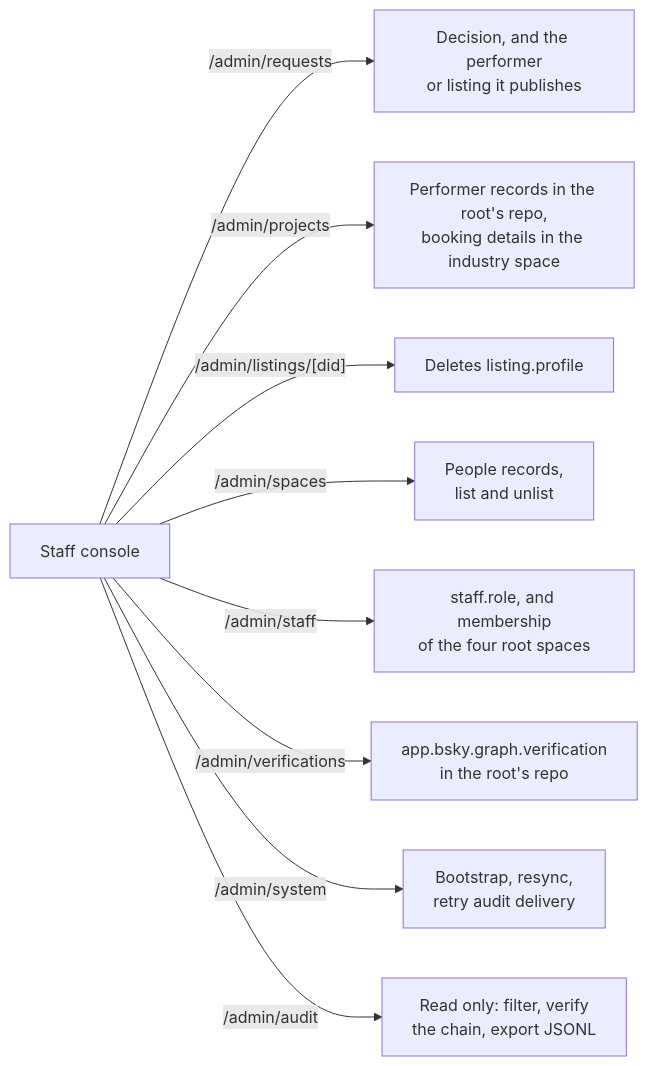
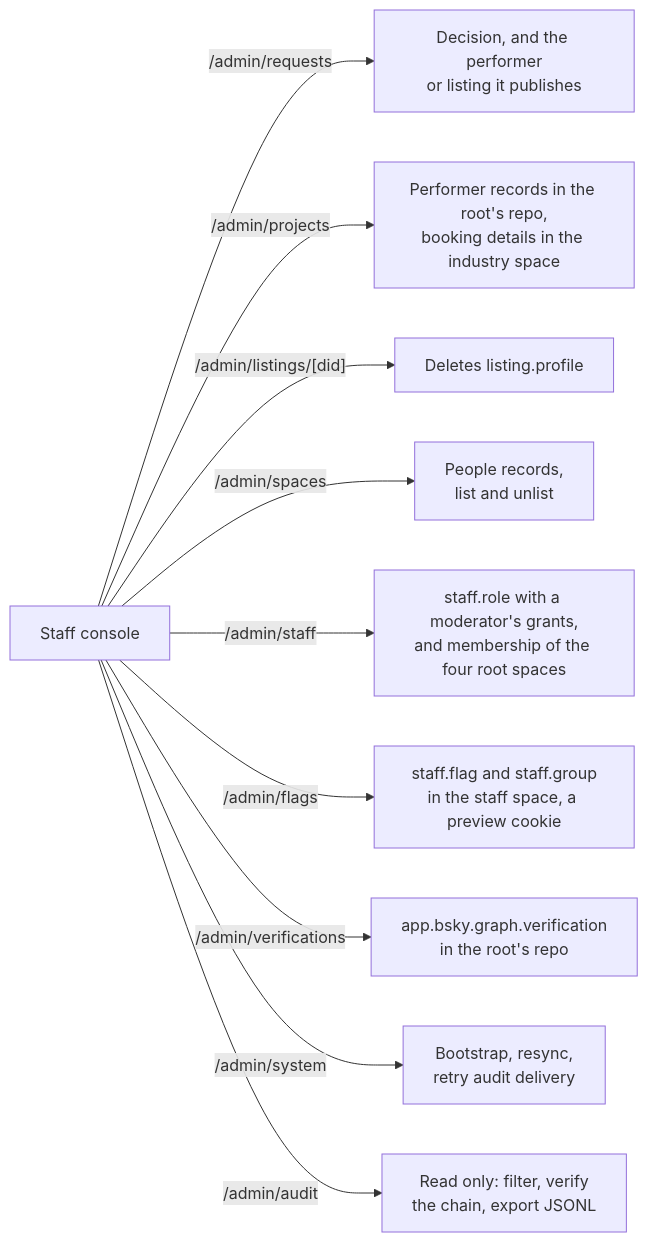
The fourth of 10 diagrams in apps/web/docs/diagrams/staff-and-upkeep.md (cutenode/localnetwork), drawn with Mermaid before and after one commit. The commit also changed other lines of this file and 8 other files, not shown here.

First line of the commit message:
docs(web): bring the diagrams in line with the code

````diff
--- a/apps/web/docs/diagrams/staff-and-upkeep.md
+++ b/apps/web/docs/diagrams/staff-and-upkeep.md
@@ -90,12 +90,13 @@
 ```mermaid
 flowchart LR
   Console["Staff console"]
   Console -- "/admin/requests" --> T1["Decision, and the performer<br/>or listing it publishes"]
   Console -- "/admin/projects" --> T2["Performer records in the root's repo,<br/>booking details in the industry space"]
   Console -- "/admin/listings/[did]" --> T3["Deletes listing.profile"]
   Console -- "/admin/spaces" --> T4["People records,<br/>list and unlist"]
-  Console -- "/admin/staff" --> T5["staff.role, and membership<br/>of the four root spaces"]
+  Console -- "/admin/staff" --> T5["staff.role with a moderator's grants,<br/>and membership of the four root spaces"]
+  Console -- "/admin/flags" --> T9["staff.flag and staff.group<br/>in the staff space, a preview cookie"]
   Console -- "/admin/verifications" --> T6["app.bsky.graph.verification<br/>in the root's repo"]
   Console -- "/admin/system" --> T7["Bootstrap, resync,<br/>retry audit delivery"]
   Console -- "/admin/audit" --> T8["Read only: filter, verify<br/>the chain, export JSONL"]
 ```
````
